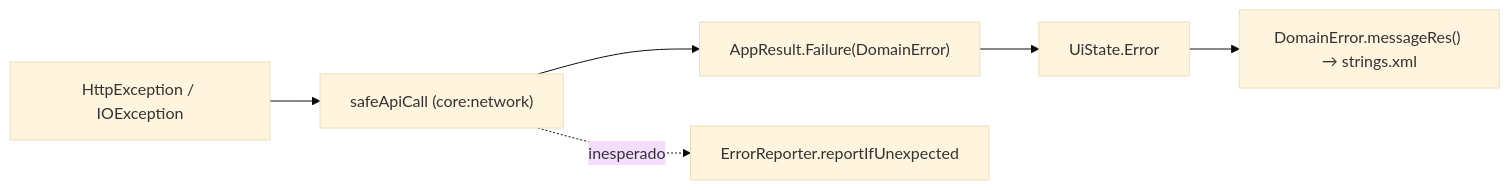
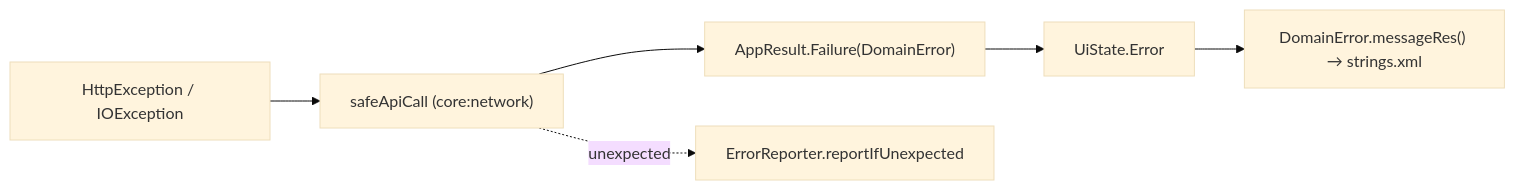
The sixth of 6 diagrams in docs/explanation/architecture.md (FilipeSilva18/my-favorite-film-android), drawn with Mermaid (base theme) before and after one commit. The commit also changed other lines of this file and 51 other files, not shown here.

````diff
--- a/docs/explanation/architecture.md
+++ b/docs/explanation/architecture.md
@@ -155,8 +155,8 @@
 ```mermaid
 flowchart LR
     Ex["HttpException / IOException"] --> Safe["safeApiCall (core:network)"]
     Safe --> Res["AppResult.Failure(DomainError)"]
-    Safe -. inesperado .-> Rep["ErrorReporter.reportIfUnexpected"]
+    Safe -. unexpected .-> Rep["ErrorReporter.reportIfUnexpected"]
     Res --> UiErr["UiState.Error"]
     UiErr --> Msg["DomainError.messageRes() → strings.xml"]
 ```
````
